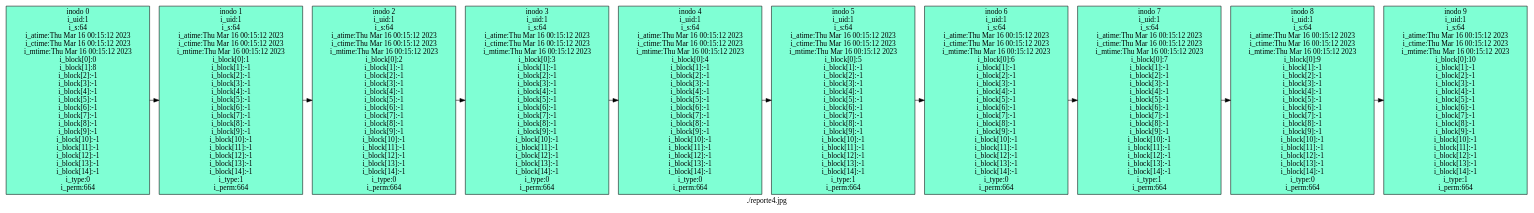
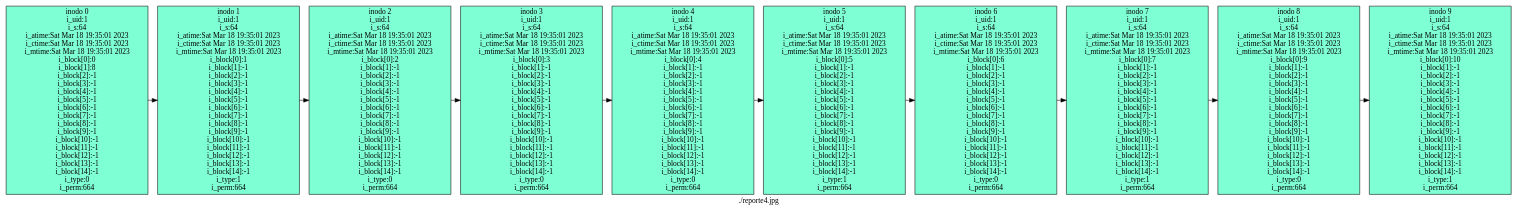
The diagram in Reportin.dot (JoseMore99/-MIA-Proyecto1_201701015), drawn with Graphviz before and after one commit. The commit also changed 21 other files, not shown here.

```diff
--- a/Reportin.dot
+++ b/Reportin.dot
@@ -1,45 +1,45 @@
 digraph G {
  label="./reporte4.jpg"
 node [shape=box fillcolor="aquamarine" style="filled"]
-node0[label="inodo 0\ni_uid:1\ni_s:64\ni_atime:Thu Mar 16 00:15:12 2023
-i_ctime:Thu Mar 16 00:15:12 2023
-i_mtime:Thu Mar 16 00:15:12 2023
+node0[label="inodo 0\ni_uid:1\ni_s:64\ni_atime:Sat Mar 18 19:35:01 2023
+i_ctime:Sat Mar 18 19:35:01 2023
+i_mtime:Sat Mar 18 19:35:01 2023
 i_block[0]:0\ni_block[1]:8\ni_block[2]:-1\ni_block[3]:-1\ni_block[4]:-1\ni_block[5]:-1\ni_block[6]:-1\ni_block[7]:-1\ni_block[8]:-1\ni_block[9]:-1\ni_block[10]:-1\ni_block[11]:-1\ni_block[12]:-1\ni_block[13]:-1\ni_block[14]:-1\ni_type:0\ni_perm:664"];
-node1[label="inodo 1\ni_uid:1\ni_s:64\ni_atime:Thu Mar 16 00:15:12 2023
-i_ctime:Thu Mar 16 00:15:12 2023
-i_mtime:Thu Mar 16 00:15:12 2023
+node1[label="inodo 1\ni_uid:1\ni_s:64\ni_atime:Sat Mar 18 19:35:01 2023
+i_ctime:Sat Mar 18 19:35:01 2023
+i_mtime:Sat Mar 18 19:35:01 2023
 i_block[0]:1\ni_block[1]:-1\ni_block[2]:-1\ni_block[3]:-1\ni_block[4]:-1\ni_block[5]:-1\ni_block[6]:-1\ni_block[7]:-1\ni_block[8]:-1\ni_block[9]:-1\ni_block[10]:-1\ni_block[11]:-1\ni_block[12]:-1\ni_block[13]:-1\ni_block[14]:-1\ni_type:1\ni_perm:664"];
-node2[label="inodo 2\ni_uid:1\ni_s:64\ni_atime:Thu Mar 16 00:15:12 2023
-i_ctime:Thu Mar 16 00:15:12 2023
-i_mtime:Thu Mar 16 00:15:12 2023
+node2[label="inodo 2\ni_uid:1\ni_s:64\ni_atime:Sat Mar 18 19:35:01 2023
+i_ctime:Sat Mar 18 19:35:01 2023
+i_mtime:Sat Mar 18 19:35:01 2023
 i_block[0]:2\ni_block[1]:-1\ni_block[2]:-1\ni_block[3]:-1\ni_block[4]:-1\ni_block[5]:-1\ni_block[6]:-1\ni_block[7]:-1\ni_block[8]:-1\ni_block[9]:-1\ni_block[10]:-1\ni_block[11]:-1\ni_block[12]:-1\ni_block[13]:-1\ni_block[14]:-1\ni_type:0\ni_perm:664"];
-node3[label="inodo 3\ni_uid:1\ni_s:64\ni_atime:Thu Mar 16 00:15:12 2023
-i_ctime:Thu Mar 16 00:15:12 2023
-i_mtime:Thu Mar 16 00:15:12 2023
+node3[label="inodo 3\ni_uid:1\ni_s:64\ni_atime:Sat Mar 18 19:35:01 2023
+i_ctime:Sat Mar 18 19:35:01 2023
+i_mtime:Sat Mar 18 19:35:01 2023
 i_block[0]:3\ni_block[1]:-1\ni_block[2]:-1\ni_block[3]:-1\ni_block[4]:-1\ni_block[5]:-1\ni_block[6]:-1\ni_block[7]:-1\ni_block[8]:-1\ni_block[9]:-1\ni_block[10]:-1\ni_block[11]:-1\ni_block[12]:-1\ni_block[13]:-1\ni_block[14]:-1\ni_type:0\ni_perm:664"];
-node4[label="inodo 4\ni_uid:1\ni_s:64\ni_atime:Thu Mar 16 00:15:12 2023
-i_ctime:Thu Mar 16 00:15:12 2023
-i_mtime:Thu Mar 16 00:15:12 2023
+node4[label="inodo 4\ni_uid:1\ni_s:64\ni_atime:Sat Mar 18 19:35:01 2023
+i_ctime:Sat Mar 18 19:35:01 2023
+i_mtime:Sat Mar 18 19:35:01 2023
 i_block[0]:4\ni_block[1]:-1\ni_block[2]:-1\ni_block[3]:-1\ni_block[4]:-1\ni_block[5]:-1\ni_block[6]:-1\ni_block[7]:-1\ni_block[8]:-1\ni_block[9]:-1\ni_block[10]:-1\ni_block[11]:-1\ni_block[12]:-1\ni_block[13]:-1\ni_block[14]:-1\ni_type:0\ni_perm:664"];
-node5[label="inodo 5\ni_uid:1\ni_s:64\ni_atime:Thu Mar 16 00:15:12 2023
-i_ctime:Thu Mar 16 00:15:12 2023
-i_mtime:Thu Mar 16 00:15:12 2023
+node5[label="inodo 5\ni_uid:1\ni_s:64\ni_atime:Sat Mar 18 19:35:01 2023
+i_ctime:Sat Mar 18 19:35:01 2023
+i_mtime:Sat Mar 18 19:35:01 2023
 i_block[0]:5\ni_block[1]:-1\ni_block[2]:-1\ni_block[3]:-1\ni_block[4]:-1\ni_block[5]:-1\ni_block[6]:-1\ni_block[7]:-1\ni_block[8]:-1\ni_block[9]:-1\ni_block[10]:-1\ni_block[11]:-1\ni_block[12]:-1\ni_block[13]:-1\ni_block[14]:-1\ni_type:1\ni_perm:664"];
-node6[label="inodo 6\ni_uid:1\ni_s:64\ni_atime:Thu Mar 16 00:15:12 2023
-i_ctime:Thu Mar 16 00:15:12 2023
-i_mtime:Thu Mar 16 00:15:12 2023
+node6[label="inodo 6\ni_uid:1\ni_s:64\ni_atime:Sat Mar 18 19:35:01 2023
+i_ctime:Sat Mar 18 19:35:01 2023
+i_mtime:Sat Mar 18 19:35:01 2023
 i_block[0]:6\ni_block[1]:-1\ni_block[2]:-1\ni_block[3]:-1\ni_block[4]:-1\ni_block[5]:-1\ni_block[6]:-1\ni_block[7]:-1\ni_block[8]:-1\ni_block[9]:-1\ni_block[10]:-1\ni_block[11]:-1\ni_block[12]:-1\ni_block[13]:-1\ni_block[14]:-1\ni_type:0\ni_perm:664"];
-node7[label="inodo 7\ni_uid:1\ni_s:64\ni_atime:Thu Mar 16 00:15:12 2023
-i_ctime:Thu Mar 16 00:15:12 2023
-i_mtime:Thu Mar 16 00:15:12 2023
+node7[label="inodo 7\ni_uid:1\ni_s:64\ni_atime:Sat Mar 18 19:35:01 2023
+i_ctime:Sat Mar 18 19:35:01 2023
+i_mtime:Sat Mar 18 19:35:01 2023
 i_block[0]:7\ni_block[1]:-1\ni_block[2]:-1\ni_block[3]:-1\ni_block[4]:-1\ni_block[5]:-1\ni_block[6]:-1\ni_block[7]:-1\ni_block[8]:-1\ni_block[9]:-1\ni_block[10]:-1\ni_block[11]:-1\ni_block[12]:-1\ni_block[13]:-1\ni_block[14]:-1\ni_type:1\ni_perm:664"];
-node8[label="inodo 8\ni_uid:1\ni_s:64\ni_atime:Thu Mar 16 00:15:12 2023
-i_ctime:Thu Mar 16 00:15:12 2023
-i_mtime:Thu Mar 16 00:15:12 2023
+node8[label="inodo 8\ni_uid:1\ni_s:64\ni_atime:Sat Mar 18 19:35:01 2023
+i_ctime:Sat Mar 18 19:35:01 2023
+i_mtime:Sat Mar 18 19:35:01 2023
 i_block[0]:9\ni_block[1]:-1\ni_block[2]:-1\ni_block[3]:-1\ni_block[4]:-1\ni_block[5]:-1\ni_block[6]:-1\ni_block[7]:-1\ni_block[8]:-1\ni_block[9]:-1\ni_block[10]:-1\ni_block[11]:-1\ni_block[12]:-1\ni_block[13]:-1\ni_block[14]:-1\ni_type:0\ni_perm:664"];
-node9[label="inodo 9\ni_uid:1\ni_s:64\ni_atime:Thu Mar 16 00:15:12 2023
-i_ctime:Thu Mar 16 00:15:12 2023
-i_mtime:Thu Mar 16 00:15:12 2023
+node9[label="inodo 9\ni_uid:1\ni_s:64\ni_atime:Sat Mar 18 19:35:01 2023
+i_ctime:Sat Mar 18 19:35:01 2023
+i_mtime:Sat Mar 18 19:35:01 2023
 i_block[0]:10\ni_block[1]:-1\ni_block[2]:-1\ni_block[3]:-1\ni_block[4]:-1\ni_block[5]:-1\ni_block[6]:-1\ni_block[7]:-1\ni_block[8]:-1\ni_block[9]:-1\ni_block[10]:-1\ni_block[11]:-1\ni_block[12]:-1\ni_block[13]:-1\ni_block[14]:-1\ni_type:1\ni_perm:664"];
 rank=same{node0->node1->node2->node3->node4->node5->node6->node7->node8->node9}
 }
```
